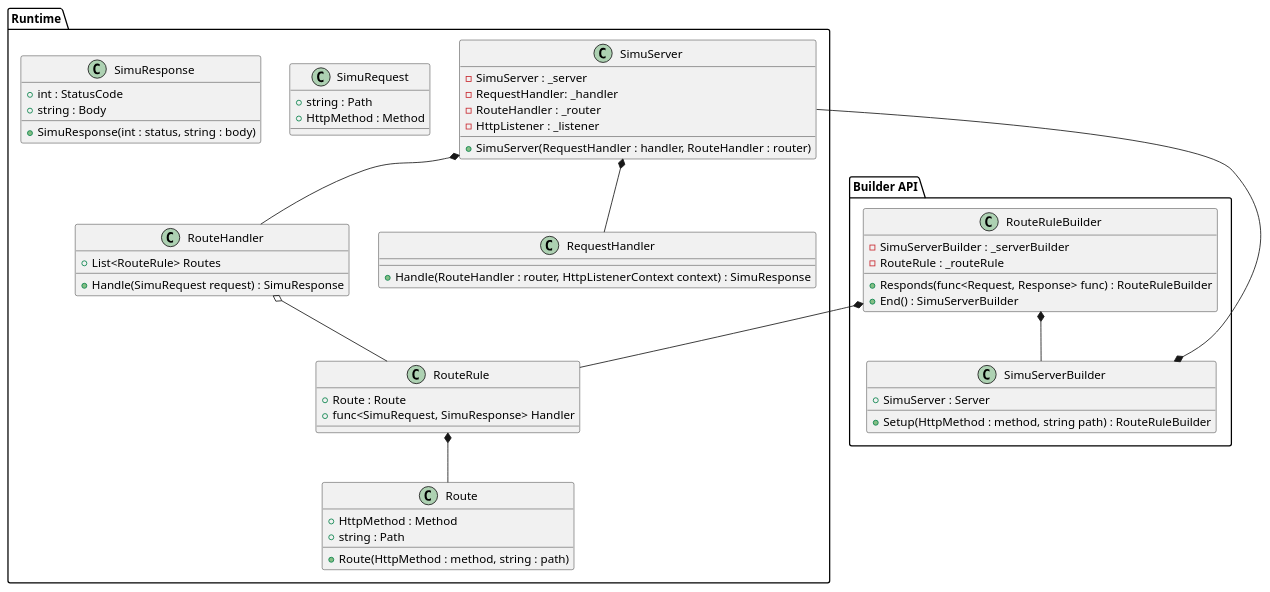
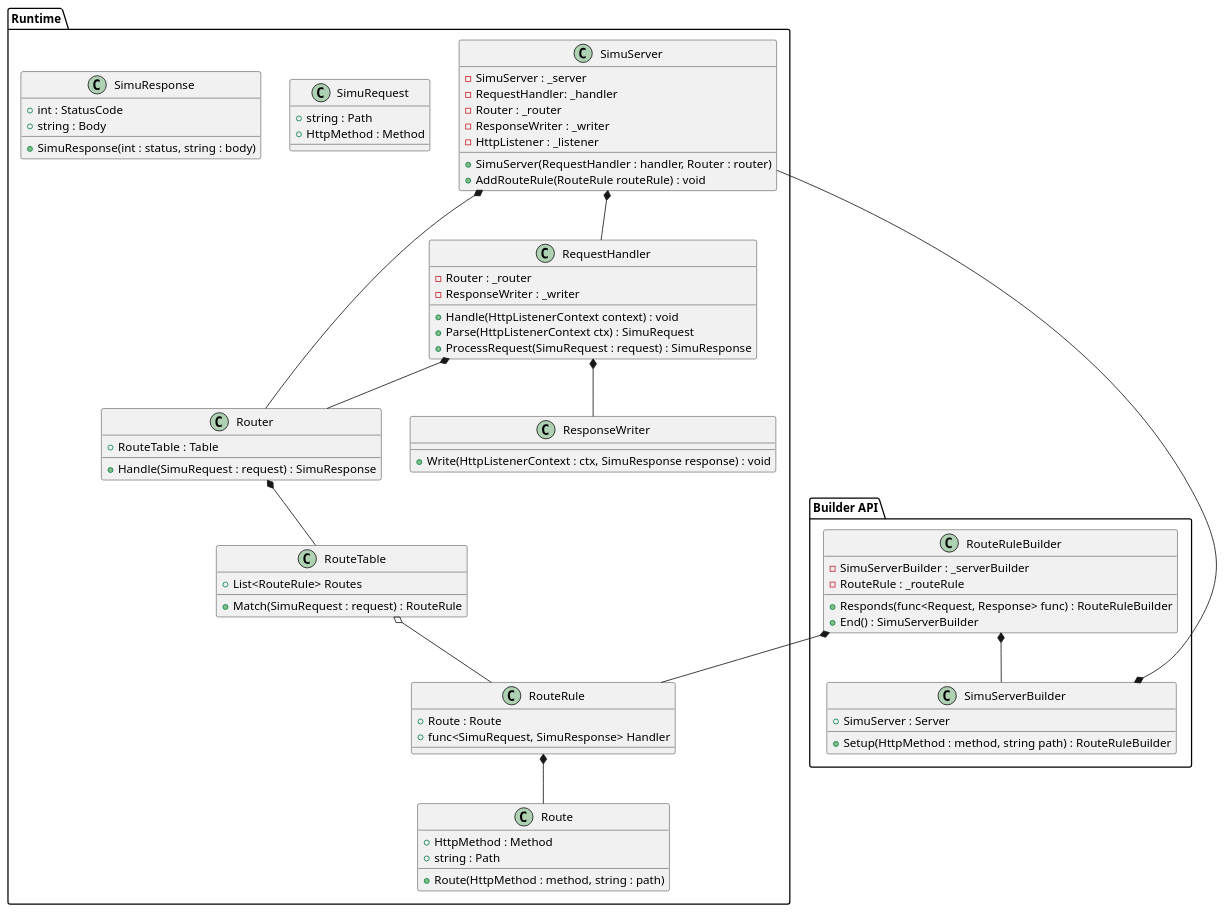
The diagram in SimuRest.Core/docs/Class.puml (Addurezz/SimuRest), drawn with PlantUML before and after one commit. The commit also changed 9 other files, not shown here.

```diff
--- a/SimuRest.Core/docs/Class.puml
+++ b/SimuRest.Core/docs/Class.puml
@@ -1,78 +1,100 @@
 @startuml
 'https://plantuml.com/class-diagram
 
 top to bottom direction
 
 package "Runtime" {
     class SimuServer {
         - SimuServer : _server
         - RequestHandler: _handler
-        - RouteHandler : _router
+        - Router : _router
+        - ResponseWriter : _writer
         - HttpListener : _listener
         
-        + SimuServer(RequestHandler : handler, RouteHandler : router)
-        
+        + SimuServer(RequestHandler : handler, Router : router)
+        + AddRouteRule(RouteRule routeRule) : void
     }
     
-    class RouteHandler {
-        + List<RouteRule> Routes  
-        + Handle(SimuRequest request) : SimuResponse
+    class Router {
+        + RouteTable : Table
+    
+        + Handle(SimuRequest : request) : SimuResponse
+    }
+    
+    class RouteTable {
+        + List<RouteRule> Routes
+        
+        + Match(SimuRequest : request) : RouteRule
     }
     
     class Route {
         + HttpMethod : Method
         + string : Path
         
         + Route(HttpMethod : method, string : path)
     }
     
     class RouteRule {
         + Route : Route
         + func<SimuRequest, SimuResponse> Handler
     }
     
     
     class SimuRequest {
         + string : Path
         + HttpMethod : Method
     }
     
     class RequestHandler {
-        + Handle(RouteHandler : router, HttpListenerContext context) : SimuResponse
+        - Router : _router
+        - ResponseWriter : _writer
+    
+        + Handle(HttpListenerContext context) : void
+        + Parse(HttpListenerContext ctx) : SimuRequest
+        + ProcessRequest(SimuRequest : request) : SimuResponse
+    }
+    
+    class ResponseWriter {
+        + Write(HttpListenerContext : ctx, SimuResponse response) : void
     }
     
     class SimuResponse {
         + int : StatusCode
         + string : Body
         
         + SimuResponse(int : status, string : body)
     }
 }
 
 package "Builder API" {
     class SimuServerBuilder {
         + SimuServer : Server
         + Setup(HttpMethod : method, string path) : RouteRuleBuilder
     }
     
     class RouteRuleBuilder {
         - SimuServerBuilder : _serverBuilder
         - RouteRule : _routeRule
         
         + Responds(func<Request, Response> func) : RouteRuleBuilder
         + End() : SimuServerBuilder
     }
 }
 
 SimuServer --* SimuServerBuilder
 RouteRuleBuilder *-- SimuServerBuilder
 
 RouteRuleBuilder *-- RouteRule
 RouteRule *-- Route
 
+RequestHandler *-- Router
+Router *-- RouteTable
+RequestHandler *-- ResponseWriter
+
 SimuServer *-- RequestHandler
-SimuServer *-- RouteHandler
+SimuServer *-- Router
 
-RouteHandler o-- RouteRule
+RouteTable o-- RouteRule
+
 
 @enduml
```
